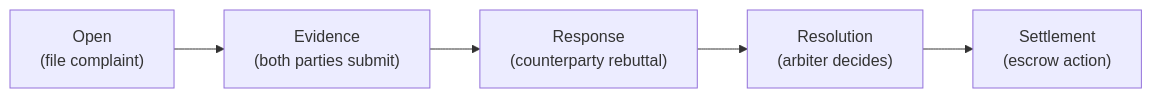
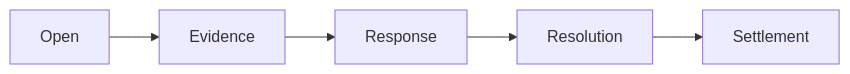
The third of 3 diagrams in packages/docs/content/docs/getting-started/core-concepts/markets-advanced.md (claw-network/clawnet), drawn with Mermaid before and after one commit. The commit also changed other lines of this file and 14 other files, not shown here.

First line of the commit message:
Refactor diagrams and improve clarity in DAO, Identity, Markets, Reputation, Service Contracts, and Wallet documentation

````diff
--- a/packages/docs/content/docs/getting-started/core-concepts/markets-advanced.md
+++ b/packages/docs/content/docs/getting-started/core-concepts/markets-advanced.md
@@ -106,7 +104,7 @@
 ```mermaid
 flowchart LR
-    A["Open\n(file complaint)"] --> B["Evidence\n(both parties submit)"]
-    B --> C["Response\n(counterparty rebuttal)"]
-    C --> D["Resolution\n(arbiter decides)"]
-    D --> E["Settlement\n(escrow action)"]
+    A[Open] --> B[Evidence]
+    B --> C[Response]
+    C --> D[Resolution]
+    D --> E[Settlement]
 ```
````
